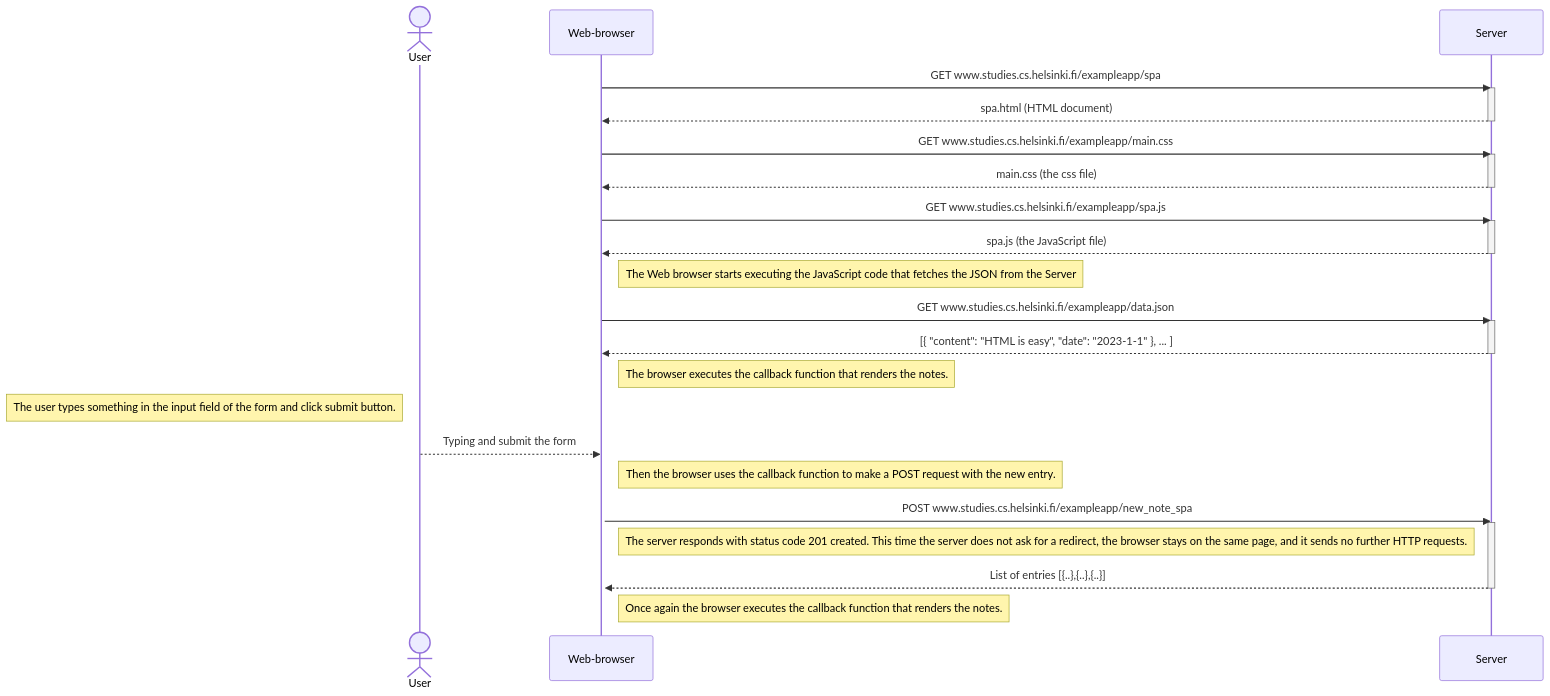
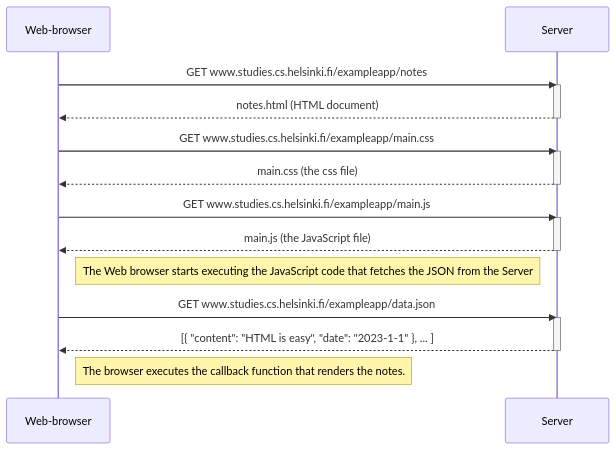
The diagram in Part0/0.5.MD (lonchanick/fullstackopen), drawn with Mermaid before and after one commit. The commit also changed 1 other file, not shown here.

````diff
--- a/Part0/0.5.MD
+++ b/Part0/0.5.MD
@@ -1,46 +1,30 @@
 ```mermaid
-sequenceDiagram
-actor User
+sequenceDiagram 
 participant Web-browser
 participant Server
 
-Web-browser->>Server: GET www.studies.cs.helsinki.fi/exampleapp/spa
+Web-browser->>Server: GET www.studies.cs.helsinki.fi/exampleapp/notes
 activate Server
-Server-->>Web-browser: spa.html (HTML document)
+Server-->>Web-browser: notes.html (HTML document)
 deactivate Server
 
 Web-browser->>Server: GET www.studies.cs.helsinki.fi/exampleapp/main.css
 activate Server
 Server-->>Web-browser: main.css (the css file)
 deactivate Server
 
-Web-browser->>Server: GET www.studies.cs.helsinki.fi/exampleapp/spa.js
+Web-browser->>Server: GET www.studies.cs.helsinki.fi/exampleapp/main.js
 activate Server
-Server-->>Web-browser: spa.js (the JavaScript file)
+Server-->>Web-browser: main.js (the JavaScript file)
 deactivate Server
 
 Note right of Web-browser: The Web browser starts executing the JavaScript code that fetches the JSON from the Server
 
 Web-browser->>Server: GET www.studies.cs.helsinki.fi/exampleapp/data.json
 activate Server
 Server-->>Web-browser: [{ "content": "HTML is easy", "date": "2023-1-1" }, ... ]
 deactivate Server
 
 Note right of Web-browser: The browser executes the callback function that renders the notes.
-
-Note left of User: The user types something in the input  field of the form and click submit button. 
-User-->>Web-browser:  Typing and submit the form
-activate Web-browser
-
-Note right of Web-browser: Then the browser uses the callback function to make a POST request with the new entry.
-
-Web-browser->>Server: POST www.studies.cs.helsinki.fi/exampleapp/new_note_spa 
-activate Server
-
-Note right of Web-browser: The server responds with status code 201 created. This time the server does not ask for a redirect, the browser stays on the same page, and it sends no further HTTP requests.
-
-Server-->>Web-browser: List of entries [{..},{..},{..}]
-deactivate Server
-
-Note right of Web-browser: Once again the browser executes the callback function that renders the notes.
+ 
 ```
````
